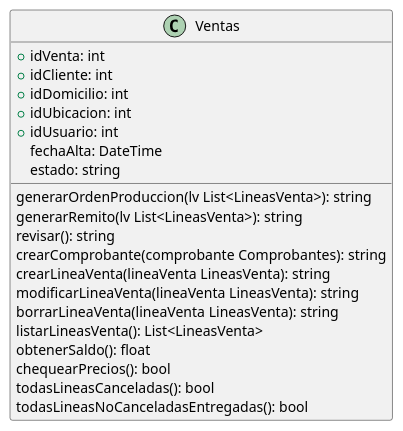
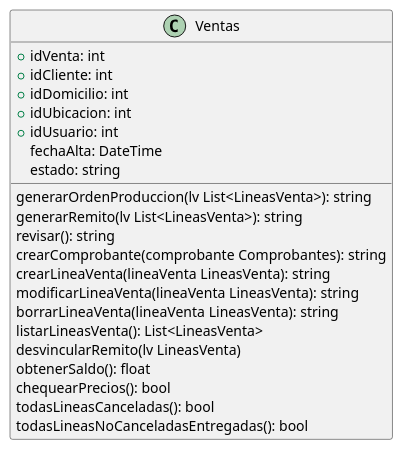
Before and after one commit to ZMGestion/DocumentacionZMGestion: the diagram in DiagramaClases/Clases/Ventas.puml, drawn with PlantUML. The commit also changed 5 other files, not shown here.

```diff
--- a/DiagramaClases/Clases/Ventas.puml
+++ b/DiagramaClases/Clases/Ventas.puml
@@ -1,25 +1,26 @@
 @startuml Ventas
 class Ventas{
     +idVenta: int
     +idCliente: int
     +idDomicilio: int
     +idUbicacion: int
     +idUsuario: int
     fechaAlta: DateTime
     estado: string
 
     generarOrdenProduccion(lv List<LineasVenta>): string
     generarRemito(lv List<LineasVenta>): string
     revisar(): string
     crearComprobante(comprobante Comprobantes): string
     crearLineaVenta(lineaVenta LineasVenta): string
     modificarLineaVenta(lineaVenta LineasVenta): string
     borrarLineaVenta(lineaVenta LineasVenta): string
     listarLineasVenta(): List<LineasVenta>
+    desvincularRemito(lv LineasVenta)
     obtenerSaldo(): float
     chequearPrecios(): bool
     todasLineasCanceladas(): bool
     todasLineasNoCanceladasEntregadas(): bool
 
 }
 @enduml
```
